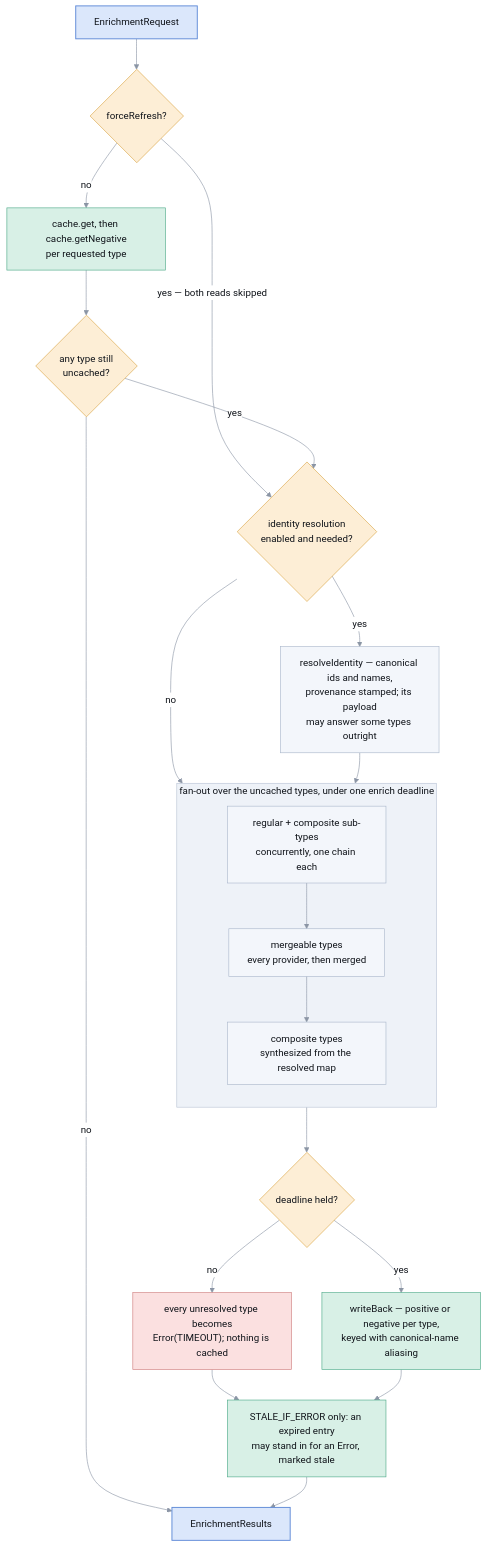
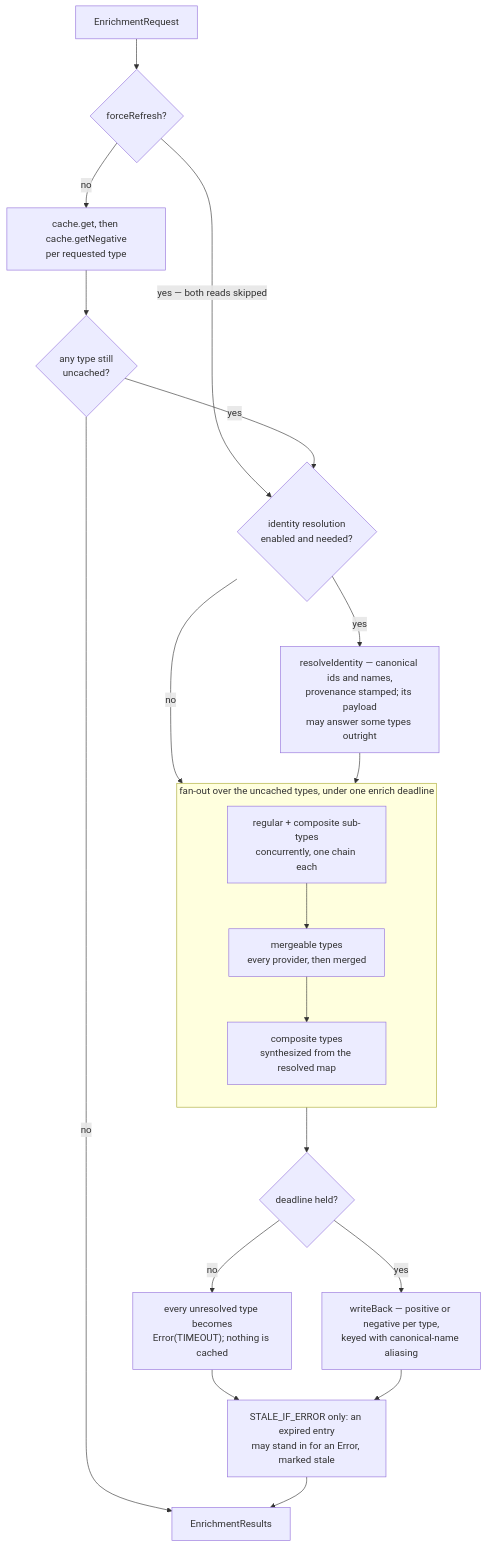
Before and after one commit to famesjranko/musicmeta: the second of 2 diagrams in ARCHITECTURE.md, drawn with Mermaid. The commit also changed other lines of this file, not shown here.

Commit message:
docs: drop the custom mermaid palette; the default theme handles dark mode

````diff
--- a/ARCHITECTURE.md
+++ b/ARCHITECTURE.md
@@ -103,42 +85,27 @@
 ```mermaid
-%%{init: {"theme":"base","themeVariables":{
-  "lineColor":"#8b95a5","primaryTextColor":"#10141a",
-  "clusterBkg":"#eef2f8","clusterBorder":"#b9c4d4",
-  "edgeLabelBackground":"#ffffff","tertiaryTextColor":"#10141a"}}}%%
 flowchart TD
     req["EnrichmentRequest"] --> force{"forceRefresh?"}
     force -->|"yes — both reads skipped"| ident
     force -->|no| cacheread["cache.get, then cache.getNegative<br/>per requested type"]
     cacheread --> anyleft{"any type still<br/>uncached?"}
     anyleft -->|no| results
     anyleft -->|yes| ident{"identity resolution<br/>enabled and needed?"}
     ident -->|no| fanout
     ident -->|yes| resolve["resolveIdentity — canonical ids and names,<br/>provenance stamped; its payload<br/>may answer some types outright"]
     resolve --> fanout
 
     subgraph fanout["fan-out over the uncached types, under one enrich deadline"]
         direction TB
         regular["regular + composite sub-types<br/>concurrently, one chain each"]
         mergeable["mergeable types<br/>every provider, then merged"]
         composite["composite types<br/>synthesized from the resolved map"]
         regular --> mergeable --> composite
     end
 
     fanout --> deadline{"deadline held?"}
     deadline -->|"no"| timedout["every unresolved type becomes<br/>Error(TIMEOUT); nothing is cached"]
     deadline -->|yes| writeback["writeBack — positive or negative per type,<br/>keyed with canonical-name aliasing"]
     timedout --> stale
     writeback --> stale["STALE_IF_ERROR only: an expired entry<br/>may stand in for an Error, marked stale"]
     stale --> results["EnrichmentResults"]
-
-    classDef entry fill:#dbe7fb,stroke:#5b87d6,stroke-width:1.5px,color:#10141a
-    classDef decision fill:#fdeed6,stroke:#d9a441,color:#10141a
-    classDef work fill:#f3f6fb,stroke:#aab7cb,color:#10141a
-    classDef store fill:#d8f0e6,stroke:#4aa886,color:#10141a
-    classDef failure fill:#fbe0e0,stroke:#cf7b7b,color:#10141a
-    class req,results entry
-    class force,anyleft,ident,deadline decision
-    class resolve,regular,mergeable,composite work
-    class cacheread,writeback,stale store
-    class timedout failure
 ```
````
